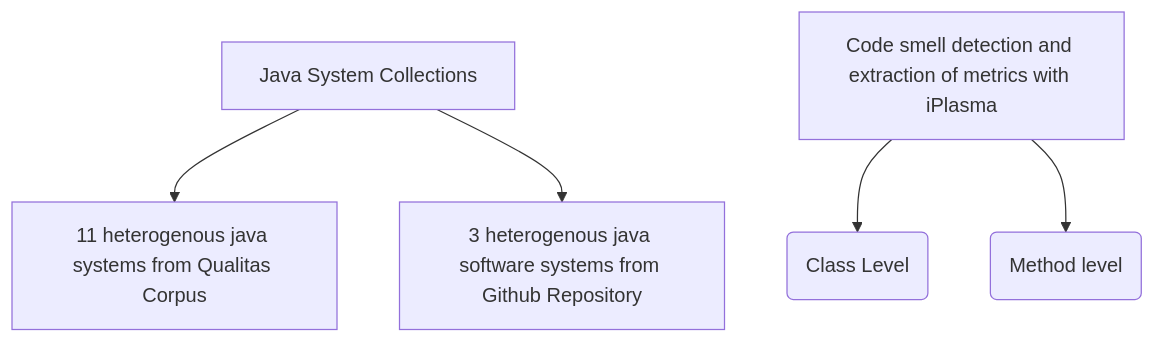
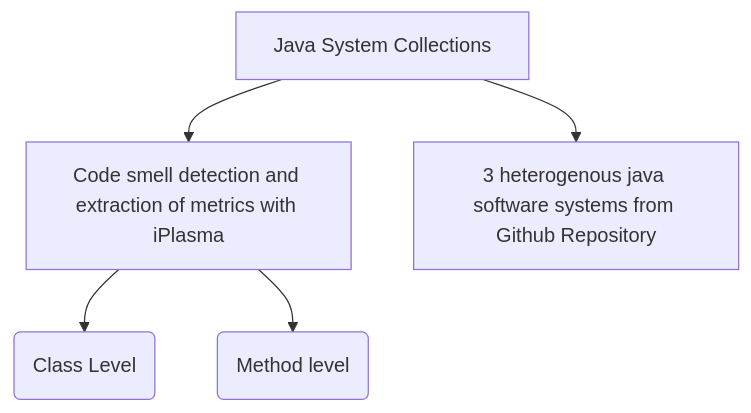
One commit to abhilashaojha/CodeSmells changed the diagram in README.md. Above: the diagram before and after it, drawn with Mermaid.

````diff
--- a/README.md
+++ b/README.md
@@ -4,7 +4,7 @@
 ```mermaid
 graph TD;
     A[Java System Collections]-->B[11 heterogenous java systems from Qualitas Corpus];
     A[Java System Collections]-->C[3 heterogenous java software systems from Github Repository];
-    D[Code smell detection and extraction of metrics with iPlasma]-->E(Class Level);
-    D[Code smell detection and extraction of metrics with iPlasma]-->F(Method level);
+    B[Code smell detection and extraction of metrics with iPlasma]-->D(Class Level);
+    B[Code smell detection and extraction of metrics with iPlasma]-->E(Method level);
  ```
````
